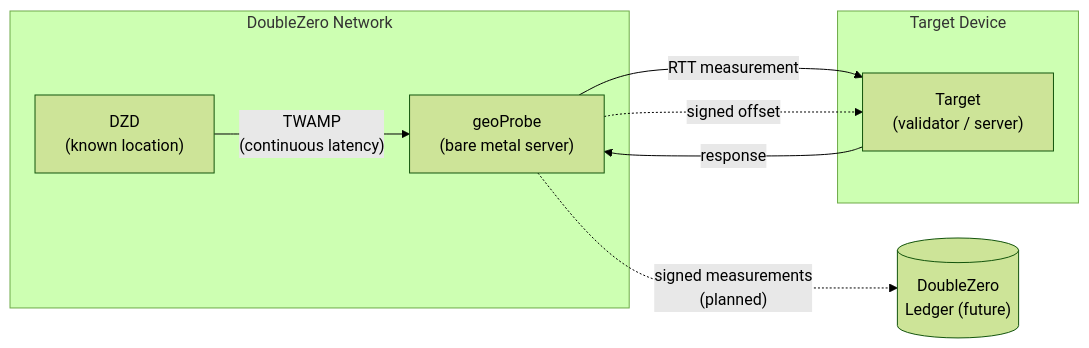
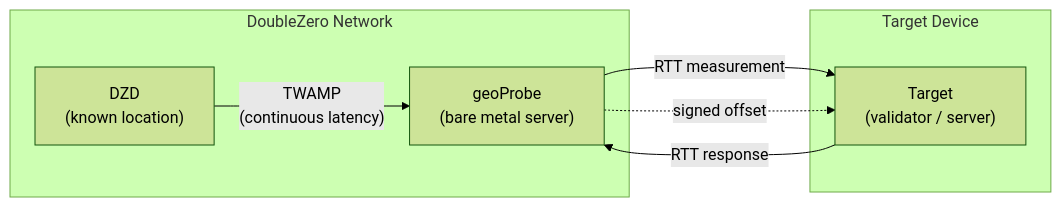
The first of 3 diagrams in docs/geolocation.md (malbeclabs/docs), drawn with Mermaid (forest theme) before and after one commit. The commit also changed other lines of this file and 1 other file, not shown here.

Commit message:
docs: remove Ledger node from geolocation diagram (#165)
Remove the DoubleZero Ledger from the first mermaid diagram since
onchain recording is not yet implemented. The prose already notes
it is planned for a future release.

````diff
--- a/docs/geolocation.md
+++ b/docs/geolocation.md
@@ -11,19 +11,16 @@
 ```mermaid
 flowchart LR
      subgraph DZ["DoubleZero Network"]
          DZD["DZD\n(known location)"]
          Probe["geoProbe\n(bare metal server)"]
          DZD -- "TWAMP\n(continuous latency)" --> Probe
      end
 
      subgraph Target["Target Device"]
          T["Target\n(validator / server)"]
      end
 
      Probe -- "RTT measurement" --> T
-     T -- "response" --> Probe
+     T -- "RTT response" --> Probe
      Probe -. "signed offset" .-> T
-
-     Ledger[("DoubleZero\nLedger (future)")]
-     Probe -. "signed measurements\n(planned)" .-> Ledger
 ```
````
